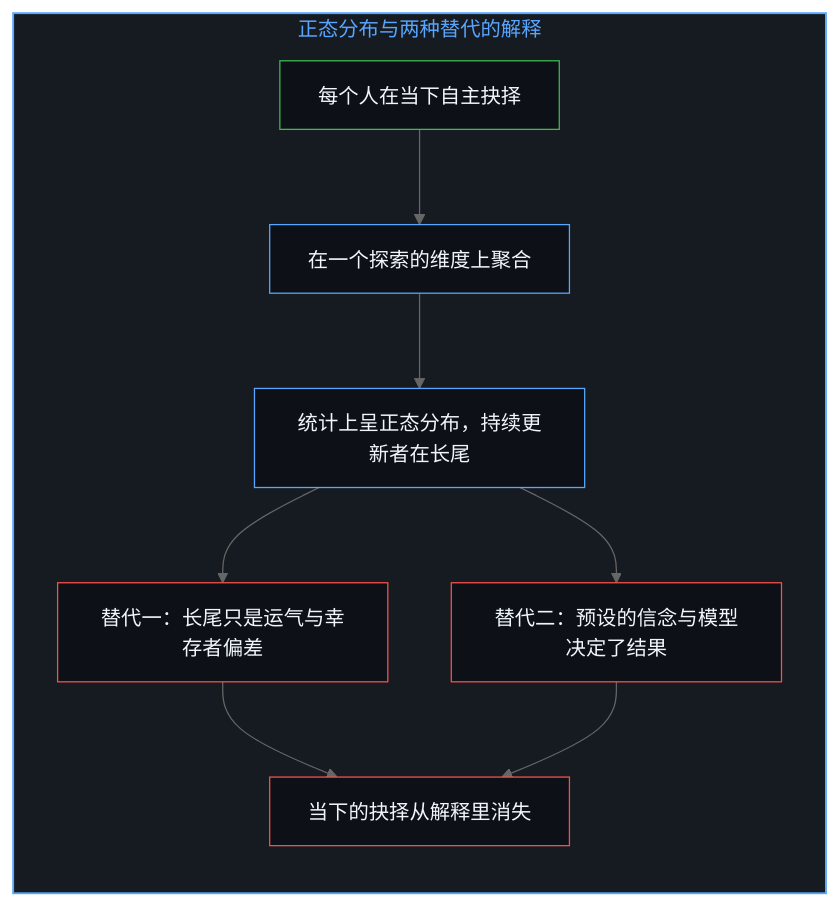
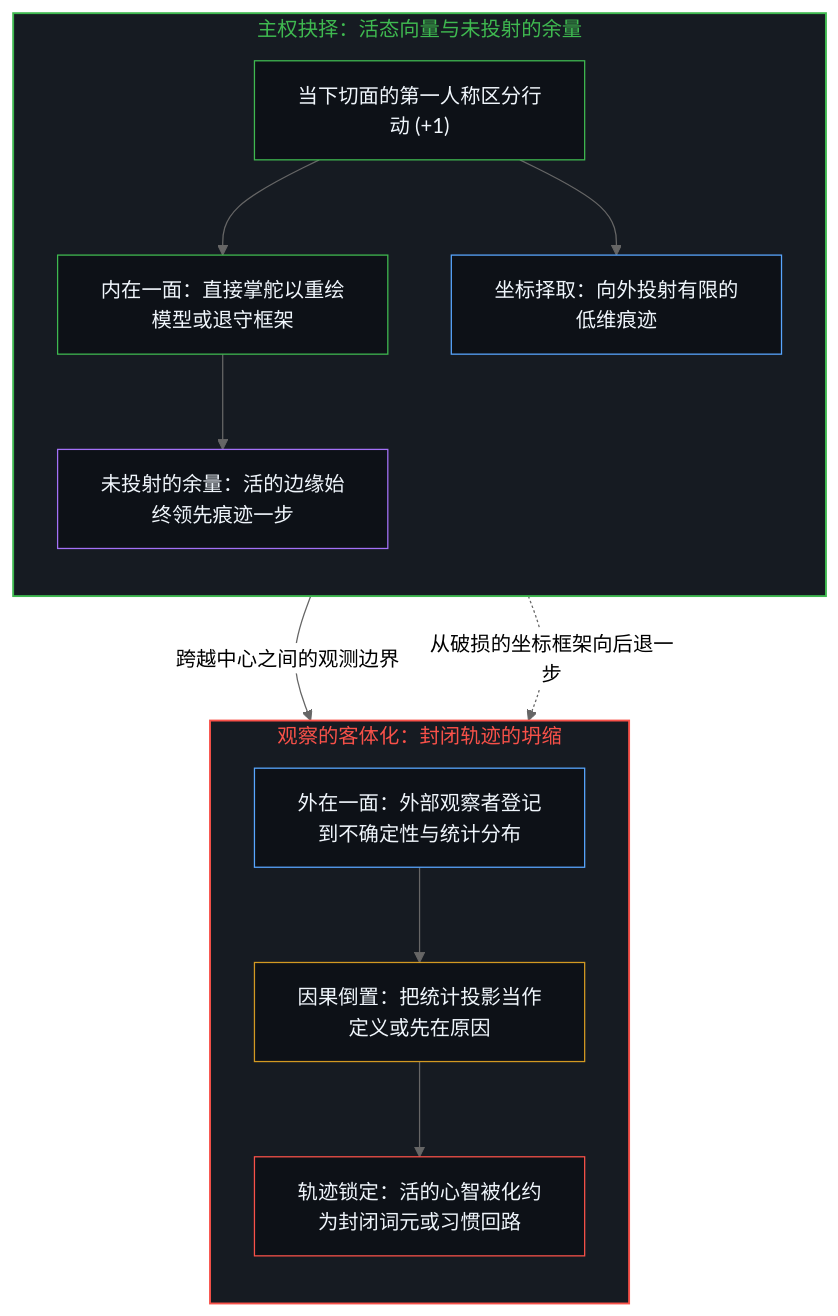
One commit to powerpig99/not-a-toe changed the first of 2 diagrams in content/posts/the-two-sided-nature-of-sovereign-choice-and-the-objectification-of-observation.md. Above: the diagram before and after it, drawn with Mermaid (neutral theme). The commit also changed other lines of this file and 2 other files, not shown here.

````diff
--- a/content/posts/the-two-sided-nature-of-sovereign-choice-and-the-objectification-of-observation.md
+++ b/content/posts/the-two-sided-nature-of-sovereign-choice-and-the-objectification-of-observation.md
@@ -83,26 +21,34 @@
 ```mermaid
 flowchart TD
-    subgraph S_Normal["正态分布与两种替代的解释"]
+    subgraph S_Edge["主权抉择：活态向量与未投射的余量"]
         direction TB
-        Micro["每个人在当下自主抉择"]
-        Agg["在一个探索的维度上聚合"]
-        Normal["统计上呈正态分布，持续更新者在长尾"]
-        Luck["替代一：长尾只是运气与幸存者偏差"]
-        Model["替代二：预设的信念与模型决定了结果"]
-        Gone["当下的抉择从解释里消失"]
-        Micro --> Agg
-        Agg --> Normal
-        Normal --> Luck
-        Normal --> Model
-        Luck --> Gone
-        Model --> Gone
+        Act["当下切面的第一人称区分行动 (+1)"]
+        Steer["内在一面：直接掌舵以重绘模型或退守框架"]
+        Proj["坐标择取：向外投射有限的低维痕迹"]
+        Rem["未投射的余量：活的边缘始终领先痕迹一步"]
+        Act --> Steer
+        Act --> Proj
+        Steer --> Rem
     end
 
-    style S_Normal fill:#161b22,stroke:#58a6ff,stroke-width:1.5px,color:#58a6ff
-    style Micro fill:#0d1117,stroke:#3fb950,stroke-width:1px,color:#f0f6fc
-    style Agg fill:#0d1117,stroke:#58a6ff,stroke-width:1px,color:#f0f6fc
-    style Normal fill:#0d1117,stroke:#58a6ff,stroke-width:1px,color:#f0f6fc
-    style Luck fill:#0d1117,stroke:#f85149,stroke-width:1px,color:#f0f6fc
-    style Model fill:#0d1117,stroke:#f85149,stroke-width:1px,color:#f0f6fc
-    style Gone fill:#0d1117,stroke:#f85149,stroke-width:1px,color:#f0f6fc
+    subgraph S_Obj["观察的客体化：封闭轨迹的坍缩"]
+        direction TB
+        Out["外在一面：外部观察者登记到不确定性与统计分布"]
+        Invert["因果倒置：把统计投影当作定义或先在原因"]
+        Closed["轨迹锁定：活的心智被化约为封闭词元或习惯回路"]
+        Out --> Invert --> Closed
+    end
+
+    Proj -->|"跨越中心之间的观测边界"| Out
+    Rem -.->|"从破损的坐标框架向后退一步"| Out
+
+    style S_Edge fill:#161b22,stroke:#3fb950,stroke-width:1.5px,color:#3fb950
+    style S_Obj fill:#161b22,stroke:#f85149,stroke-width:1.5px,color:#f85149
+    style Act fill:#0d1117,stroke:#3fb950,stroke-width:1px,color:#f0f6fc
+    style Steer fill:#0d1117,stroke:#3fb950,stroke-width:1px,color:#f0f6fc
+    style Proj fill:#0d1117,stroke:#58a6ff,stroke-width:1px,color:#f0f6fc
+    style Rem fill:#0d1117,stroke:#a371f7,stroke-width:1px,color:#f0f6fc
+    style Out fill:#0d1117,stroke:#58a6ff,stroke-width:1px,color:#f0f6fc
+    style Invert fill:#0d1117,stroke:#d29922,stroke-width:1px,color:#f0f6fc
+    style Closed fill:#0d1117,stroke:#f85149,stroke-width:1px,color:#f0f6fc
 ```
````
